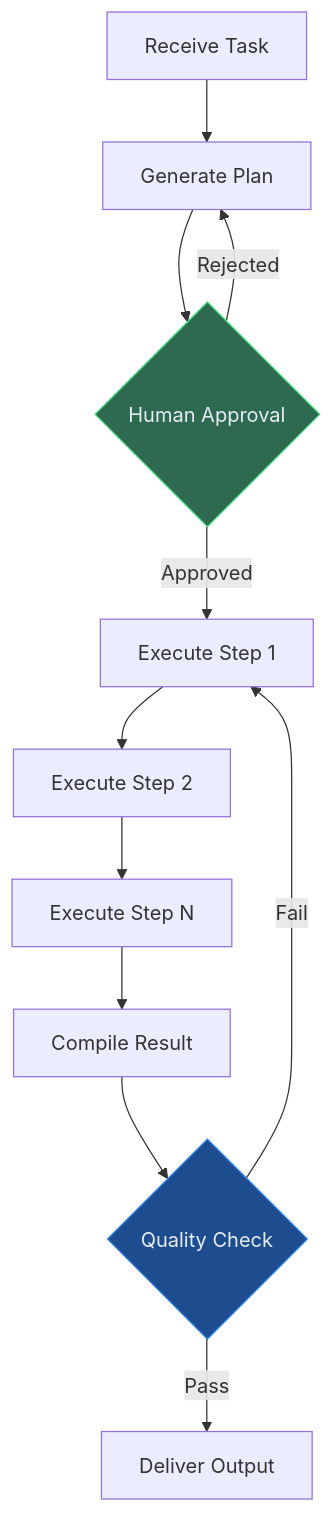
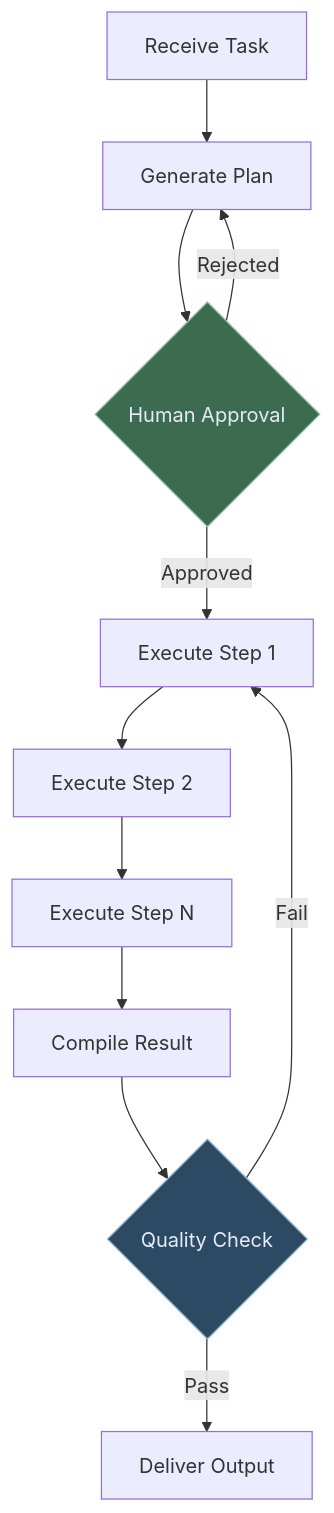
The third of 7 diagrams in blog/agentic-ai-design-patterns.md (lorvexai/lorvexai), drawn with Mermaid before and after one commit. The commit also changed other lines of this file and 16 other files, not shown here.

First line of the commit message:
Retune hardcoded Mermaid node colors to match the site palette

````diff
--- a/blog/agentic-ai-design-patterns.md
+++ b/blog/agentic-ai-design-patterns.md
@@ -93,16 +93,16 @@
 ```mermaid
 flowchart TD
     A[Receive Task] --> B[Generate Plan]
     B --> C{Human Approval}
     C -->|Approved| D[Execute Step 1]
     C -->|Rejected| B
     D --> E[Execute Step 2]
     E --> F[Execute Step N]
     F --> G[Compile Result]
     G --> H{Quality Check}
     H -->|Pass| I[Deliver Output]
     H -->|Fail| D
 
-    style C fill:#2D6A4F,stroke:#4ade80,color:#E6ECF7
-    style H fill:#1D4C8F,stroke:#2F80ED,color:#E6ECF7
+    style C fill:#3D6B52,stroke:#95C2A8,color:#E6ECF7
+    style H fill:#2C4A63,stroke:#8FB2CC,color:#E6ECF7
 ```
````
